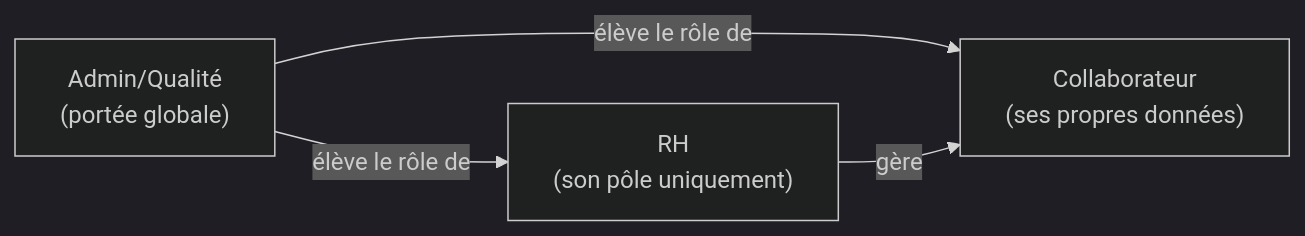
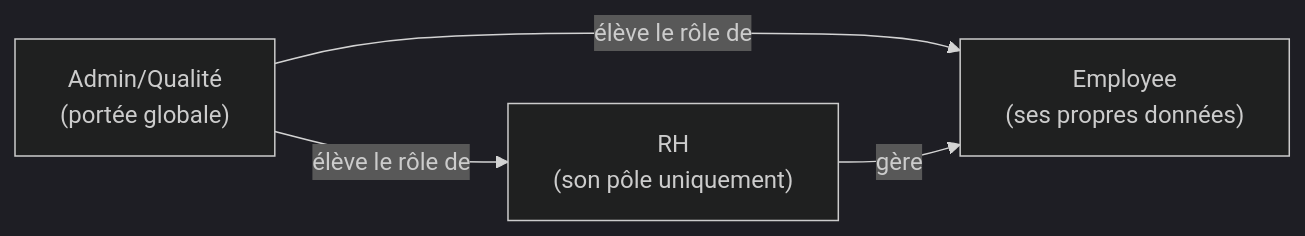
Before and after one commit to wekt2k04/arhia: the fifth of 5 diagrams in docs/ARCHITECTURE.md, drawn with Mermaid (dark theme). The commit also changed other lines of this file and 21 other files, not shown here.

````diff
--- a/docs/ARCHITECTURE.md
+++ b/docs/ARCHITECTURE.md
@@ -145,10 +145,10 @@
 ```mermaid
 graph LR
-    Collab["Collaborateur<br/>(ses propres données)"]
+    Collab["Employee<br/>(ses propres données)"]
     RH["RH<br/>(son pôle uniquement)"]
     Admin["Admin/Qualité<br/>(portée globale)"]
 
     Admin -->|élève le rôle de| Collab
     Admin -->|élève le rôle de| RH
     RH -->|gère| Collab
 ```
````
